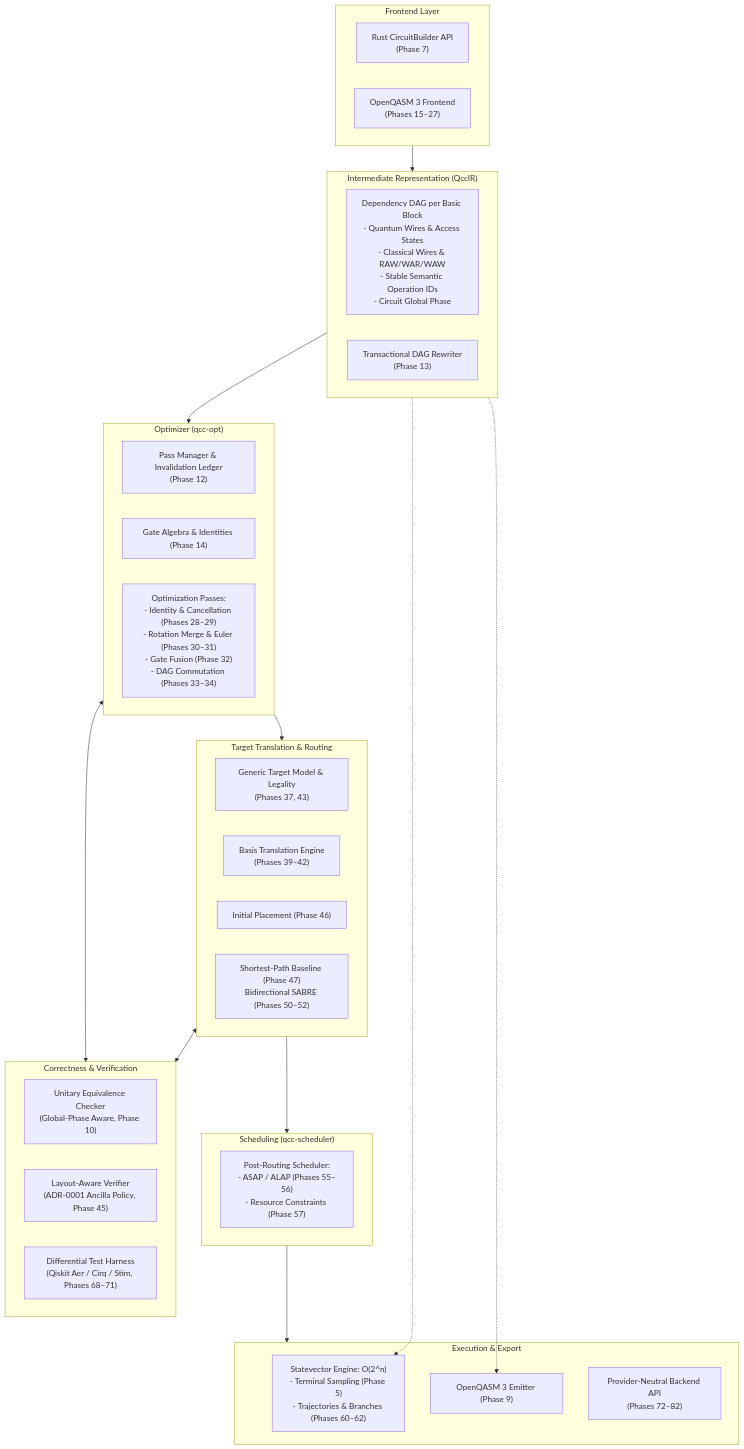
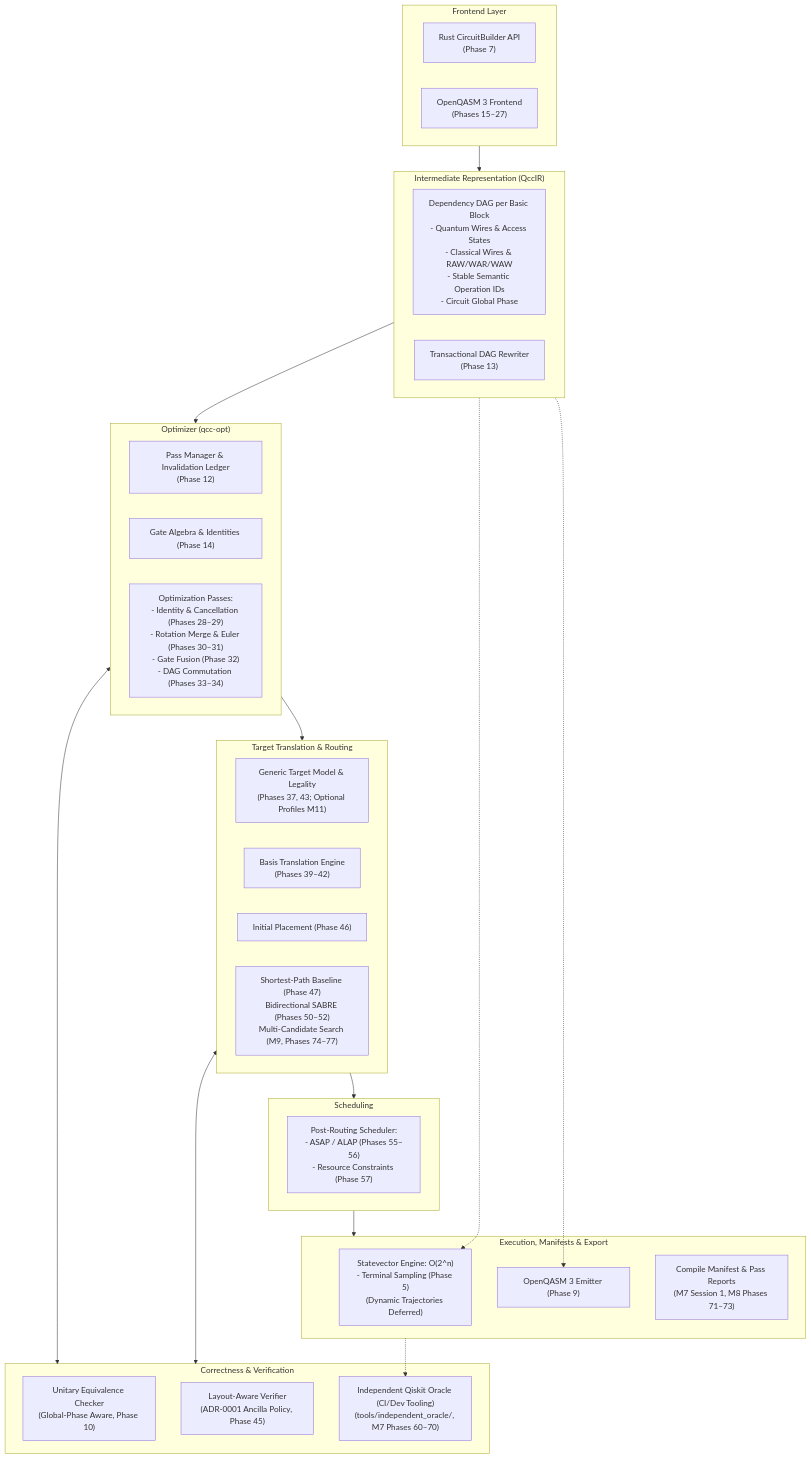
One commit to 000jitendra000/QCC_Quantum_Circuit_Compiler changed the diagram in docs/01-architecture-overview.md. Above: the diagram before and after it, drawn with Mermaid. The commit also changed other lines of this file and 23 other files, not shown here.

Commit message:
docs: synchronize repository docs, roadmap, and agent instructions with v3.1

````diff
--- a/docs/01-architecture-overview.md
+++ b/docs/01-architecture-overview.md
@@ -7,51 +7,52 @@
 ```mermaid
 flowchart TD
     subgraph Frontends["Frontend Layer"]
         Builder["Rust CircuitBuilder API\n(Phase 7)"]
         QASM["OpenQASM 3 Frontend\n(Phases 15–27)"]
     end
 
     subgraph CoreIR["Intermediate Representation (QccIR)"]
         DAG["Dependency DAG per Basic Block\n- Quantum Wires & Access States\n- Classical Wires & RAW/WAR/WAW\n- Stable Semantic Operation IDs\n- Circuit Global Phase"]
         Rewriter["Transactional DAG Rewriter\n(Phase 13)"]
     end
 
     subgraph Optimization["Optimizer (qcc-opt)"]
         PassMgr["Pass Manager & Invalidation Ledger\n(Phase 12)"]
         Algebra["Gate Algebra & Identities (Phase 14)"]
         OptPasses["Optimization Passes:\n- Identity & Cancellation (Phases 28–29)\n- Rotation Merge & Euler (Phases 30–31)\n- Gate Fusion (Phase 32)\n- DAG Commutation (Phases 33–34)"]
     end
 
     subgraph Verification["Correctness & Verification"]
         UnitaryEq["Unitary Equivalence Checker\n(Global-Phase Aware, Phase 10)"]
         LayoutEq["Layout-Aware Verifier\n(ADR-0001 Ancilla Policy, Phase 45)"]
-        DiffHarness["Differential Test Harness\n(Qiskit Aer / Cirq / Stim, Phases 68–71)"]
+        Oracle["Independent Qiskit Oracle (CI/Dev Tooling)\n(tools/independent_oracle/, M7 Phases 60–70)"]
     end
 
     subgraph TargetRouting["Target Translation & Routing"]
-        TargetModel["Generic Target Model & Legality\n(Phases 37, 43)"]
+        TargetModel["Generic Target Model & Legality\n(Phases 37, 43; Optional Profiles M11)"]
         BasisTrans["Basis Translation Engine\n(Phases 39–42)"]
         Placement["Initial Placement (Phase 46)"]
-        Router["Shortest-Path Baseline (Phase 47)\nBidirectional SABRE (Phases 50–52)"]
+        Router["Shortest-Path Baseline (Phase 47)\nBidirectional SABRE (Phases 50–52)\nMulti-Candidate Search (M9, Phases 74–77)"]
     end
 
-    subgraph SchedulingLayer["Scheduling (qcc-scheduler)"]
+    subgraph SchedulingLayer["Scheduling"]
         Sched["Post-Routing Scheduler:\n- ASAP / ALAP (Phases 55–56)\n- Resource Constraints (Phase 57)"]
     end
 
-    subgraph BackendsSim["Execution & Export"]
-        Sim["Statevector Engine: O(2^n)\n- Terminal Sampling (Phase 5)\n- Trajectories & Branches (Phases 60–62)"]
+    subgraph BackendsSim["Execution, Manifests & Export"]
+        Sim["Statevector Engine: O(2^n)\n- Terminal Sampling (Phase 5)\n(Dynamic Trajectories Deferred)"]
         QASMEmit["OpenQASM 3 Emitter (Phase 9)"]
-        BackendAPI["Provider-Neutral Backend API\n(Phases 72–82)"]
+        Manifest["Compile Manifest & Pass Reports\n(M7 Session 1, M8 Phases 71–73)"]
     end
 
     Frontends --> CoreIR
     CoreIR --> Optimization
     Optimization <--> Verification
     Optimization --> TargetRouting
     TargetRouting <--> Verification
     TargetRouting --> SchedulingLayer
     SchedulingLayer --> BackendsSim
     CoreIR -.-> Sim
     CoreIR -.-> QASMEmit
+    BackendsSim -.-> Oracle
 ```
````
